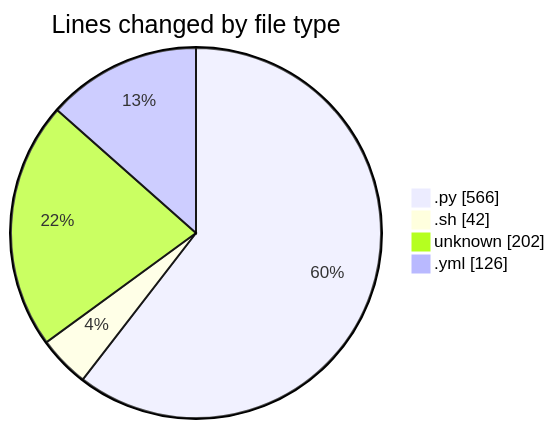
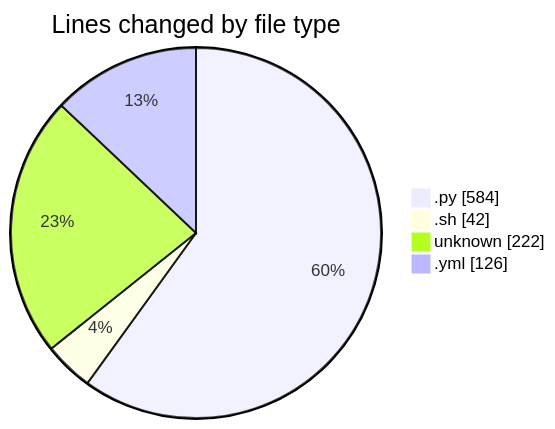
Before and after one commit to Elitesun/code-tracking: the first of 2 diagrams in 2025-05-14/niten/README.md, drawn with Mermaid. The commit also changed other lines of this file and 1 other file, not shown here.

````diff
--- a/2025-05-14/niten/README.md
+++ b/2025-05-14/niten/README.md
@@ -30,8 +30,8 @@
 ```mermaid
 pie showData
 title Lines changed by file type
-".py" : 566
+".py" : 584
 ".sh" : 42
-"unknown" : 202
+"unknown" : 222
 ".yml" : 126
 ```
````
